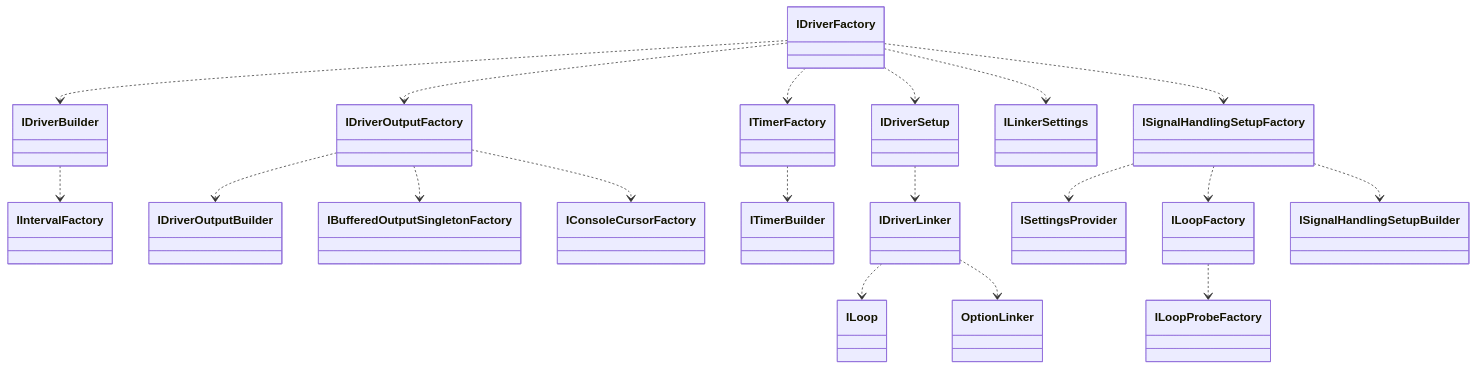
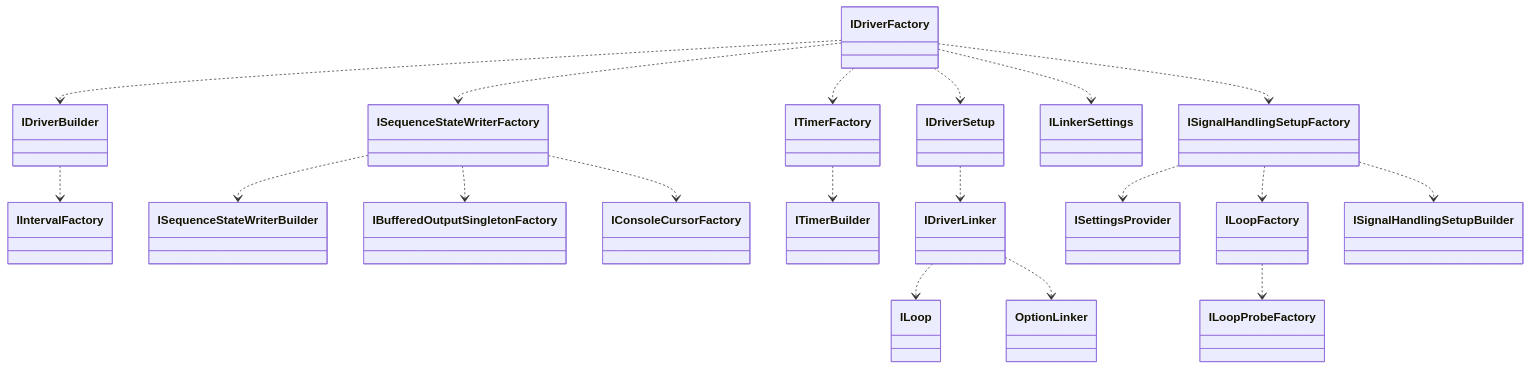
Before and after one commit to alecrabbit/php-console-spinner: the third of 4 diagrams in doc/.info/chart/services.md, drawn with Mermaid. The commit also changed 101 other files, not shown here.

````diff
--- a/doc/.info/chart/services.md
+++ b/doc/.info/chart/services.md
@@ -72,30 +72,30 @@
 ```mermaid
 classDiagram
     direction TB
     IDriverFactory ..> IDriverBuilder
-    IDriverFactory ..> IDriverOutputFactory
+    IDriverFactory ..> ISequenceStateWriterFactory
     IDriverFactory ..> ITimerFactory
     IDriverFactory ..> IDriverSetup
     IDriverFactory ..> ILinkerSettings
     IDriverFactory ..> ISignalHandlingSetupFactory
     
     IDriverBuilder ..> IIntervalFactory
     
     ISignalHandlingSetupFactory ..> ISettingsProvider
     ISignalHandlingSetupFactory ..> ILoopFactory
     ISignalHandlingSetupFactory ..> ISignalHandlingSetupBuilder
     
-    IDriverOutputFactory ..> IDriverOutputBuilder
-    IDriverOutputFactory ..> IBufferedOutputSingletonFactory
-    IDriverOutputFactory ..> IConsoleCursorFactory
+    ISequenceStateWriterFactory ..> ISequenceStateWriterBuilder
+    ISequenceStateWriterFactory ..> IBufferedOutputSingletonFactory
+    ISequenceStateWriterFactory ..> IConsoleCursorFactory
 
     ITimerFactory ..> ITimerBuilder
     
     IDriverSetup ..> IDriverLinker
     
     IDriverLinker ..> ILoop
     IDriverLinker ..> OptionLinker
 
     ILoopFactory ..> ILoopProbeFactory
 
 ```
````
